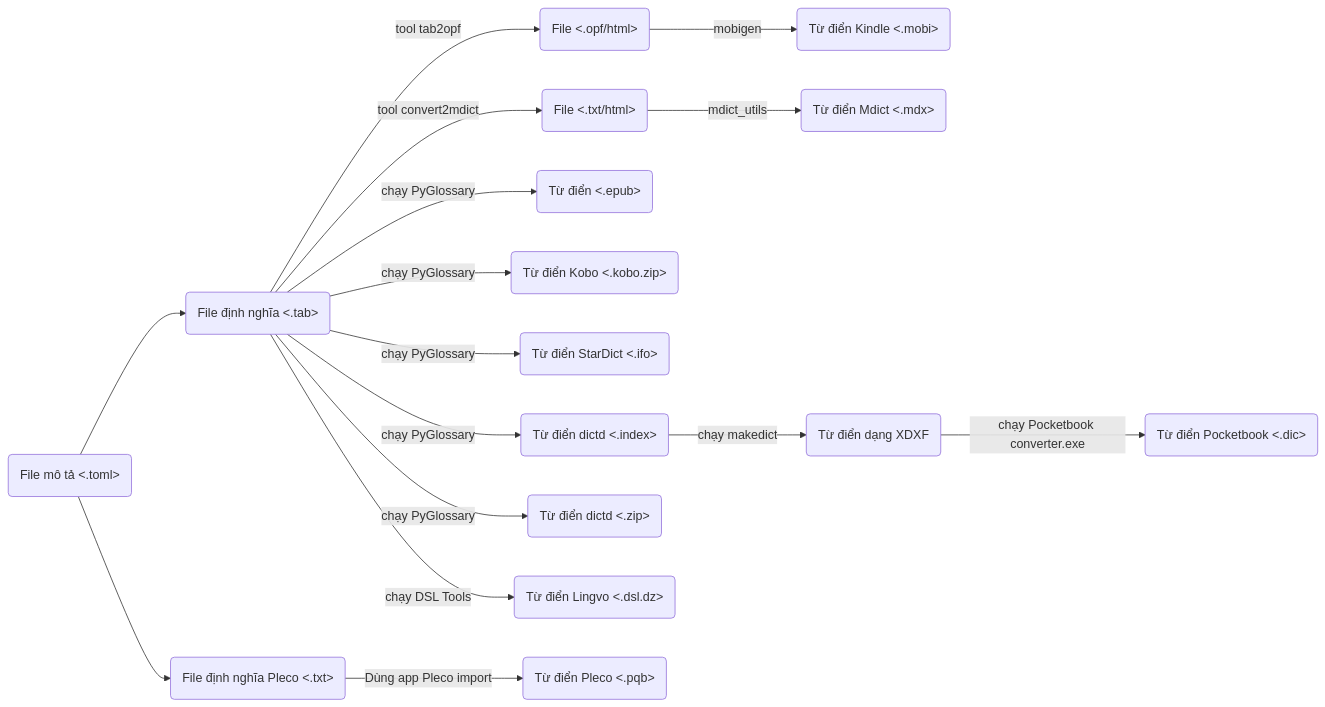
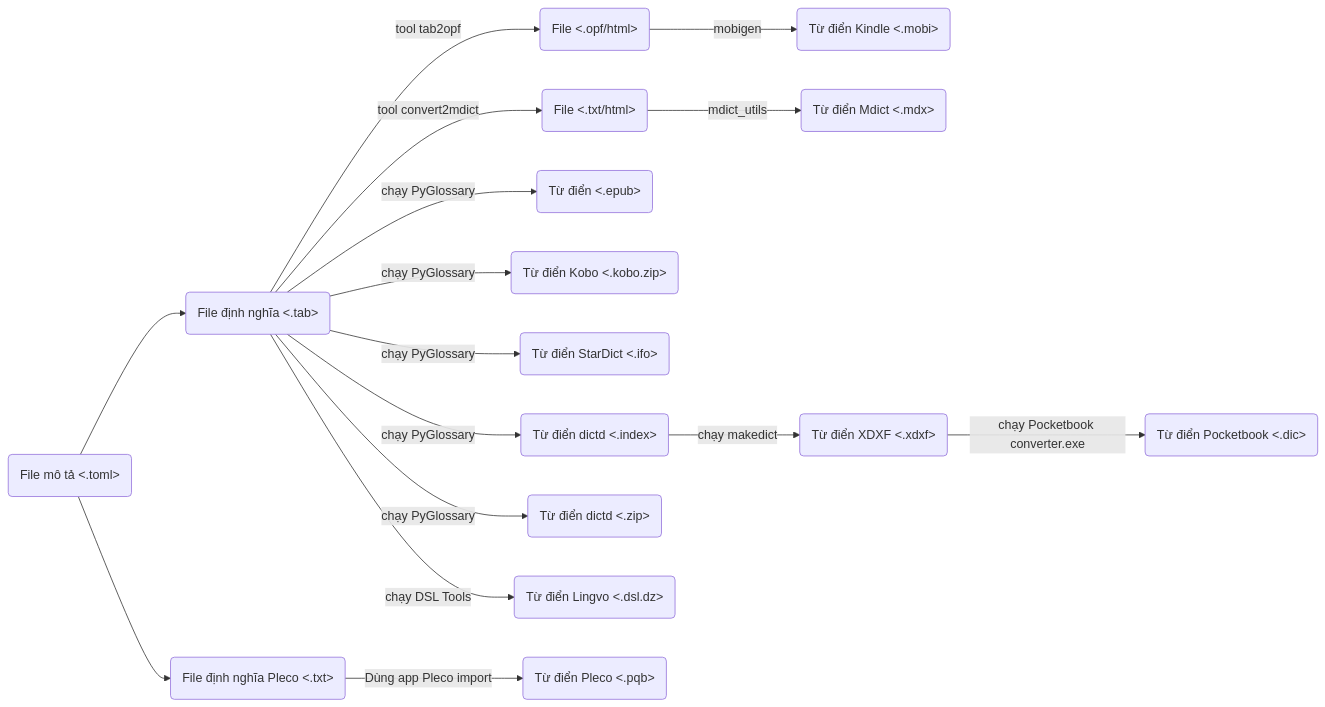
Before and after one commit to catusf/tudien: the diagram in README.md, drawn with Mermaid.

````diff
--- a/README.md
+++ b/README.md
@@ -82,16 +82,16 @@
 ```mermaid
 graph LR;
     ReadMetadata(File mô tả <.toml>) --> GenTab(File định nghĩa <.tab>);
     ReadMetadata(File mô tả <.toml>) --> GenTxt(File định nghĩa Pleco <.txt>);
     GenTab -- tool tab2opf --> HTML_File(File <.opf/html>) -- mobigen --> KindleDict(Từ điển Kindle <.mobi>);
     GenTab -- tool convert2mdict --> HTML_TXT_File(File <.txt/html>) -- mdict_utils --> Mdict(Từ điển Mdict <.mdx>);
     GenTab -- chạy PyGlossary --> EpubDict(Từ điển <.epub>);
     GenTab -- chạy PyGlossary --> KoboDict(Từ điển Kobo <.kobo.zip>);
     GenTab -- chạy PyGlossary --> StarDict(Từ điển StarDict <.ifo>);
     GenTab -- chạy PyGlossary --> dictd(Từ điển dictd <.index>);
     GenTab -- chạy PyGlossary --> Yomitan(Từ điển dictd <.zip>);
     GenTab -- chạy DSL Tools --> DSLDict(Từ điển Lingvo <.dsl.dz>);
     GenTxt -- Dùng app Pleco import --> Pleco_PQB(Từ điển Pleco <.pqb>);
     dictd(Từ điển dictd <.index>) -- chạy makedict --> XDXF(Từ điển dạng XDXF);
-    XDXF(Từ điển dạng XDXF) -- chạy Pocketbook converter.exe --> DIC(Từ điển Pocketbook <.dic>);
+    XDXF(Từ điển XDXF <.xdxf>) -- chạy Pocketbook converter.exe --> DIC(Từ điển Pocketbook <.dic>);
 ```
````
